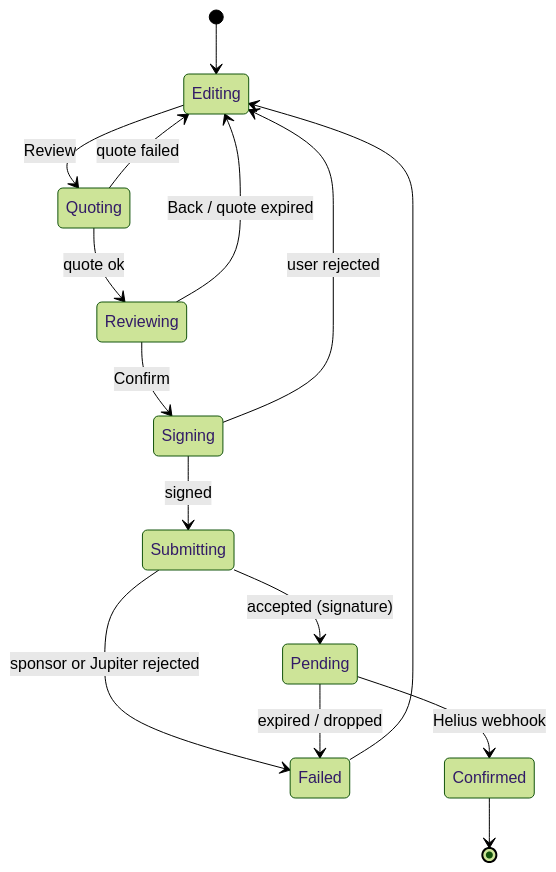
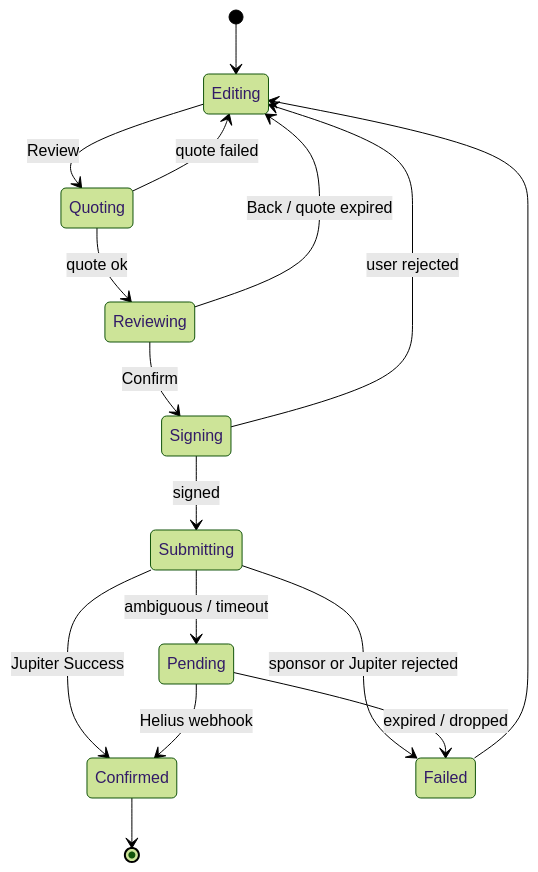
Before and after one commit to jog01/agele: the third of 4 diagrams in docs/flows.md, drawn with Mermaid (forest theme). The commit also changed other lines of this file and 28 other files, not shown here.

````diff
--- a/docs/flows.md
+++ b/docs/flows.md
@@ -71,17 +82,18 @@
 ```mermaid
 stateDiagram-v2
   [*] --> Editing
   Editing --> Quoting: Review
   Quoting --> Reviewing: quote ok
   Quoting --> Editing: quote failed
   Reviewing --> Editing: Back / quote expired
   Reviewing --> Signing: Confirm
   Signing --> Editing: user rejected
   Signing --> Submitting: signed
-  Submitting --> Pending: accepted (signature)
+  Submitting --> Confirmed: Jupiter Success
+  Submitting --> Pending: ambiguous / timeout
   Submitting --> Failed: sponsor or Jupiter rejected
   Pending --> Confirmed: Helius webhook
   Pending --> Failed: expired / dropped
   Confirmed --> [*]
   Failed --> Editing
 ```
````
